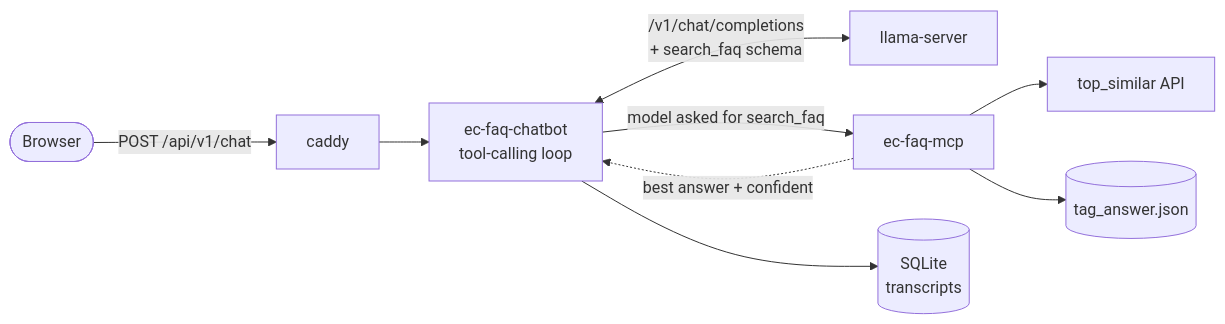
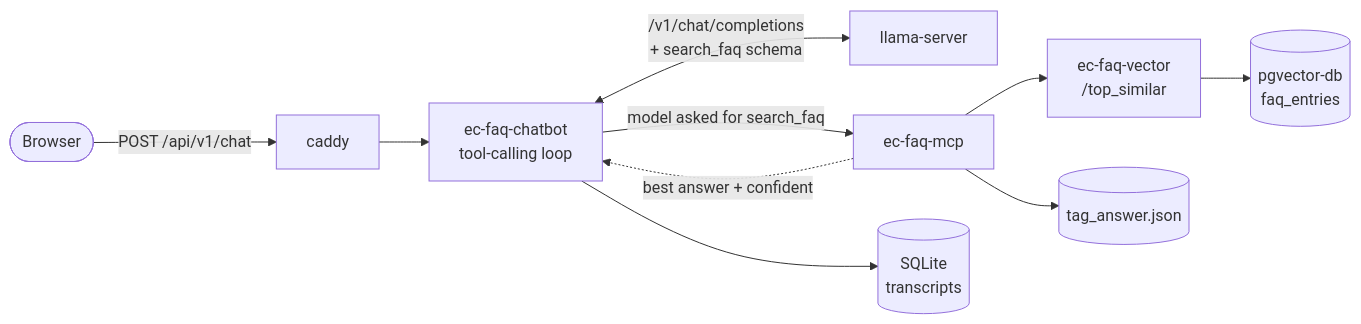
Before and after one commit to sayed-shaun/ec-conversational-chatbot: the diagram in README.md, drawn with Mermaid. The commit also changed other lines of this file and 11 other files, not shown here.

First line of the commit message:
Replace the third-party top_similar API with a self-hosted pgvector service

````diff
--- a/README.md
+++ b/README.md
@@ -57,11 +63,12 @@
 ```mermaid
 flowchart LR
     B([Browser]) -->|"POST /api/v1/chat"| CADDY["caddy"]
     CADDY --> BOT["ec-faq-chatbot<br/>tool-calling loop"]
     BOT <-->|"/v1/chat/completions<br/>+ search_faq schema"| LLM["llama-server"]
     BOT -->|"model asked for search_faq"| MCP["ec-faq-mcp"]
-    MCP --> SIM["top_similar API"]
+    MCP --> SIM["ec-faq-vector<br/>/top_similar"]
+    SIM --> PG[("pgvector-db<br/>faq_entries")]
     MCP --> TAG[("tag_answer.json")]
     MCP -.->|"best answer + confident"| BOT
     BOT --> DB[("SQLite<br/>transcripts")]
 ```
````
